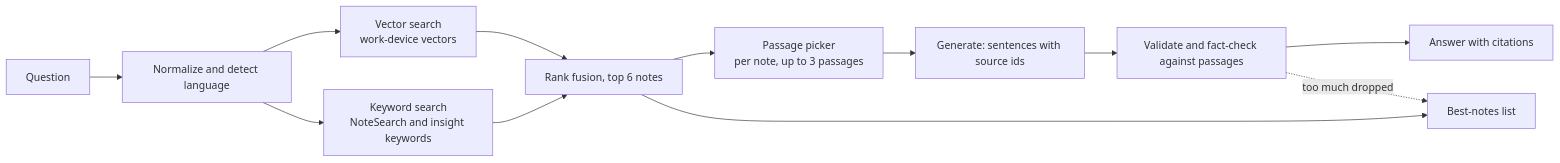
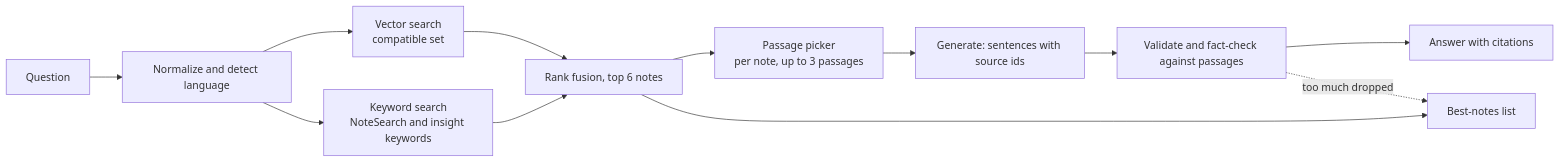
Before and after one commit to anthonytw/sempere: the diagram in docs/design/1.3-ask.md, drawn with Mermaid. The commit also changed other lines of this file and 3 other files, not shown here.

````diff
--- a/docs/design/1.3-ask.md
+++ b/docs/design/1.3-ask.md
@@ -38,14 +42,14 @@
 ```mermaid
 flowchart LR
   Q[Question] --> N[Normalize and detect language]
-  N --> R1[Vector search<br/>work-device vectors]
+  N --> R1[Vector search<br/>compatible set]
   N --> R2[Keyword search<br/>NoteSearch and insight keywords]
   R1 --> F[Rank fusion, top 6 notes]
   R2 --> F
   F --> P[Passage picker<br/>per note, up to 3 passages]
   P --> G[Generate: sentences with source ids]
   G --> V[Validate and fact-check against passages]
   V --> A[Answer with citations]
   F --> L[Best-notes list]
   V -. too much dropped .-> L
 ```
````
